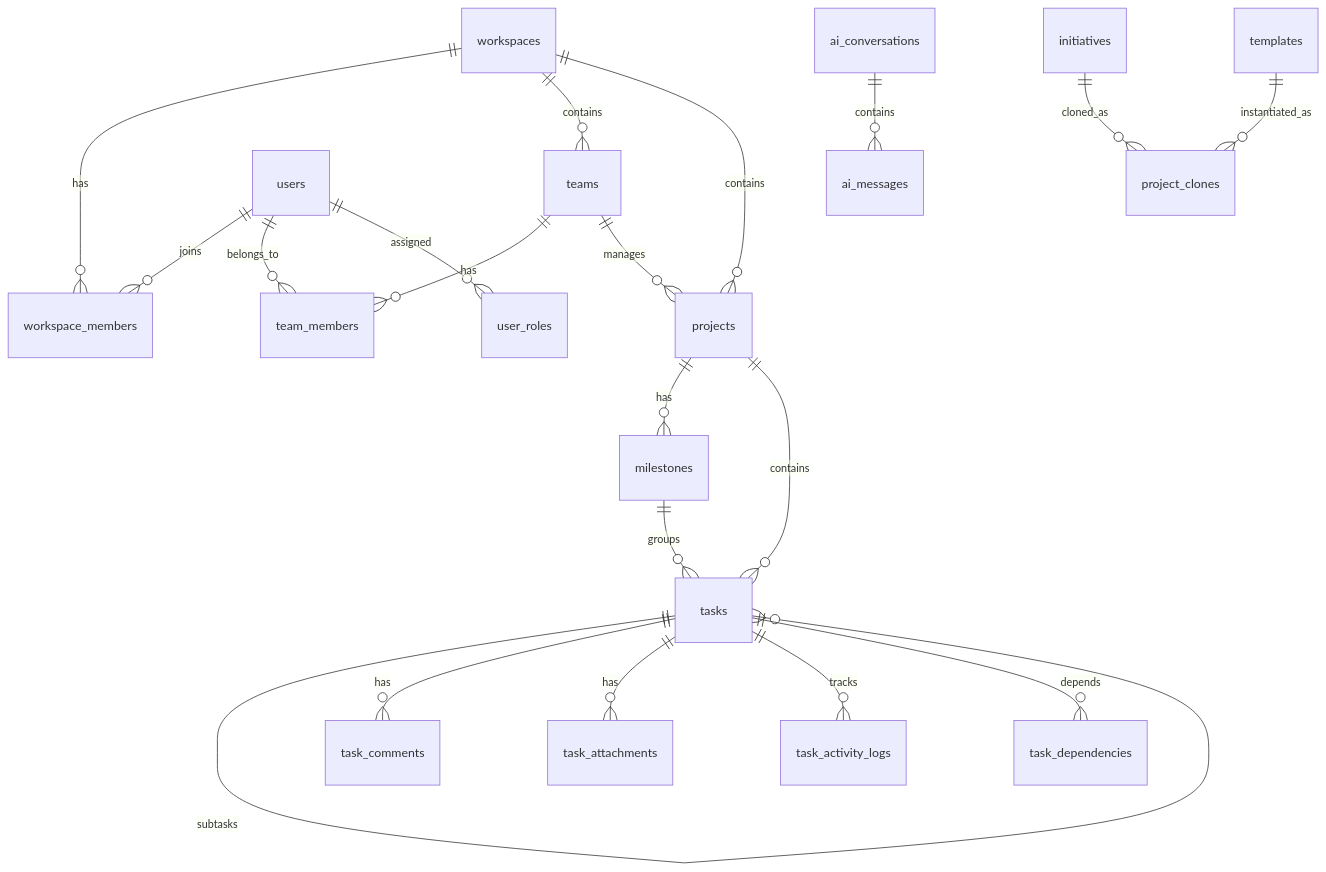
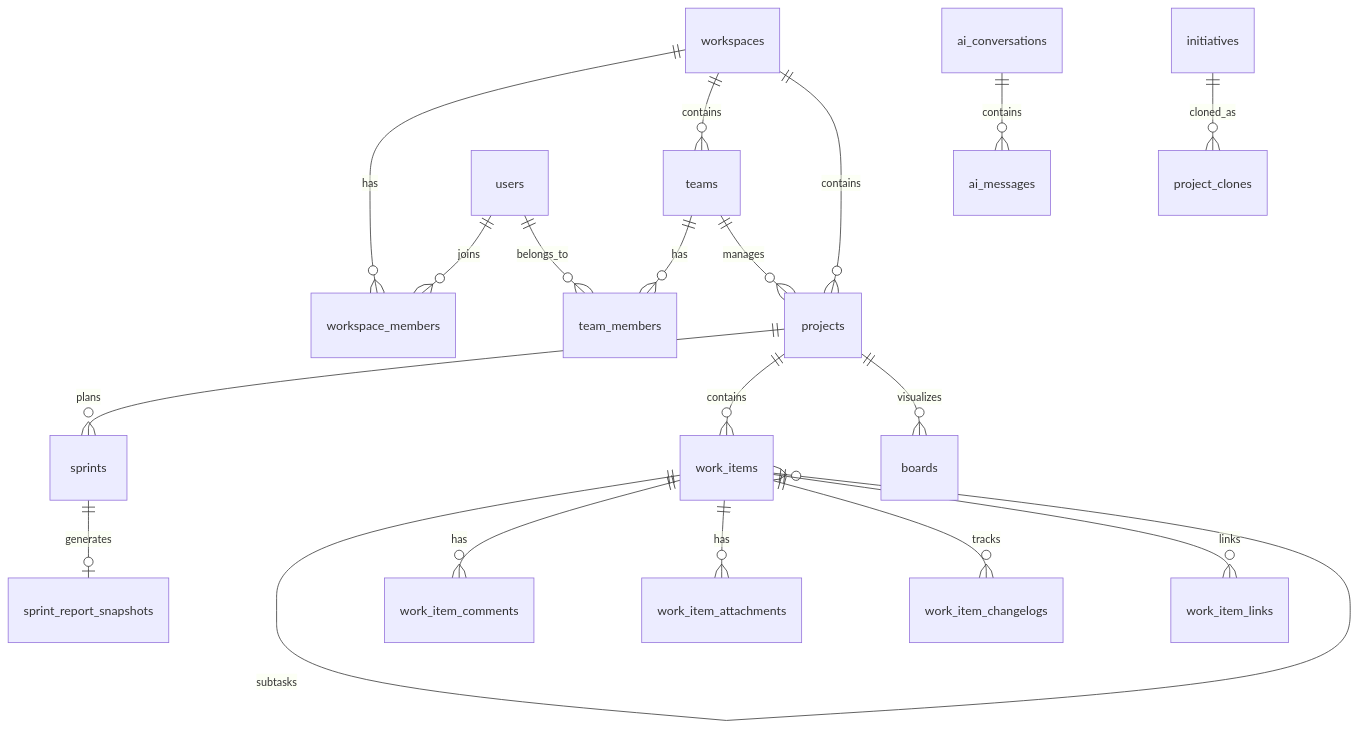
Before and after one commit to Hecker-Chuoi/DATN-2026: the diagram in docs/DATABASE_DESIGN.md, drawn with Mermaid. The commit also changed other lines of this file and 66 other files, not shown here.

````diff
--- a/docs/DATABASE_DESIGN.md
+++ b/docs/DATABASE_DESIGN.md
@@ -445,22 +567,21 @@
 ```mermaid
 erDiagram
     workspaces ||--o{ workspace_members : has
     workspaces ||--o{ teams : contains
     workspaces ||--o{ projects : contains
     users ||--o{ workspace_members : joins
     users ||--o{ team_members : belongs_to
-    users ||--o{ user_roles : assigned
     teams ||--o{ team_members : has
     teams ||--o{ projects : manages
-    projects ||--o{ milestones : has
-    projects ||--o{ tasks : contains
-    milestones ||--o{ tasks : groups
-    tasks ||--o{ tasks : subtasks
-    tasks ||--o{ task_comments : has
-    tasks ||--o{ task_attachments : has
-    tasks ||--o{ task_activity_logs : tracks
-    tasks ||--o{ task_dependencies : depends
+    projects ||--o{ sprints : plans
+    sprints ||--o| sprint_report_snapshots : generates
+    projects ||--o{ work_items : contains
+    projects ||--o{ boards : visualizes
+    work_items ||--o{ work_items : subtasks
+    work_items ||--o{ work_item_comments : has
+    work_items ||--o{ work_item_attachments : has
+    work_items ||--o{ work_item_changelogs : tracks
+    work_items ||--o{ work_item_links : links
     ai_conversations ||--o{ ai_messages : contains
     initiatives ||--o{ project_clones : cloned_as
-    templates ||--o{ project_clones : instantiated_as
 ```
````
